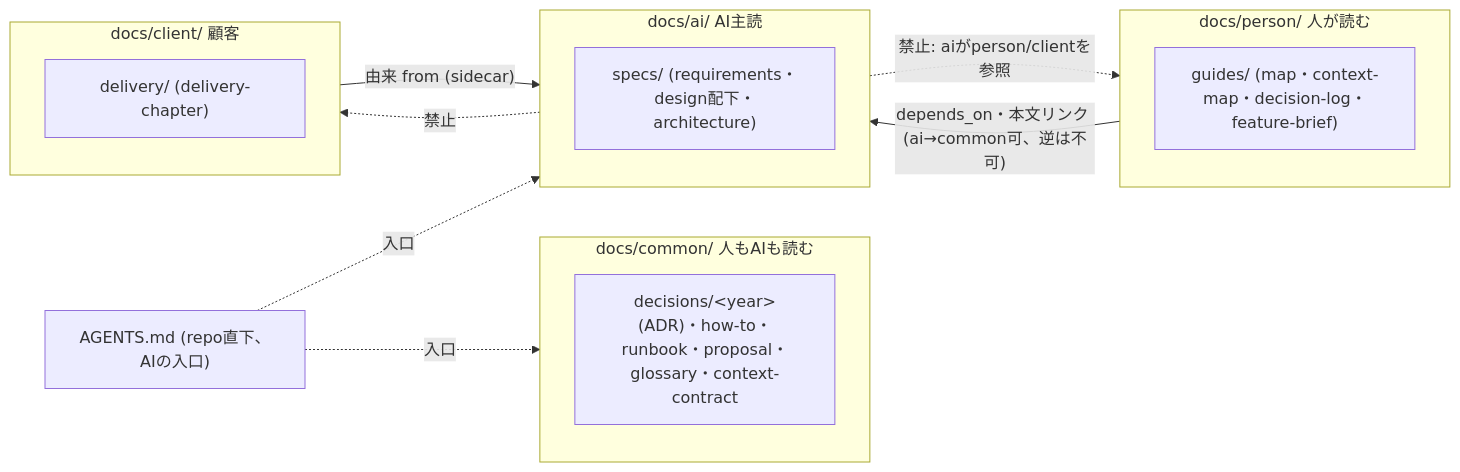
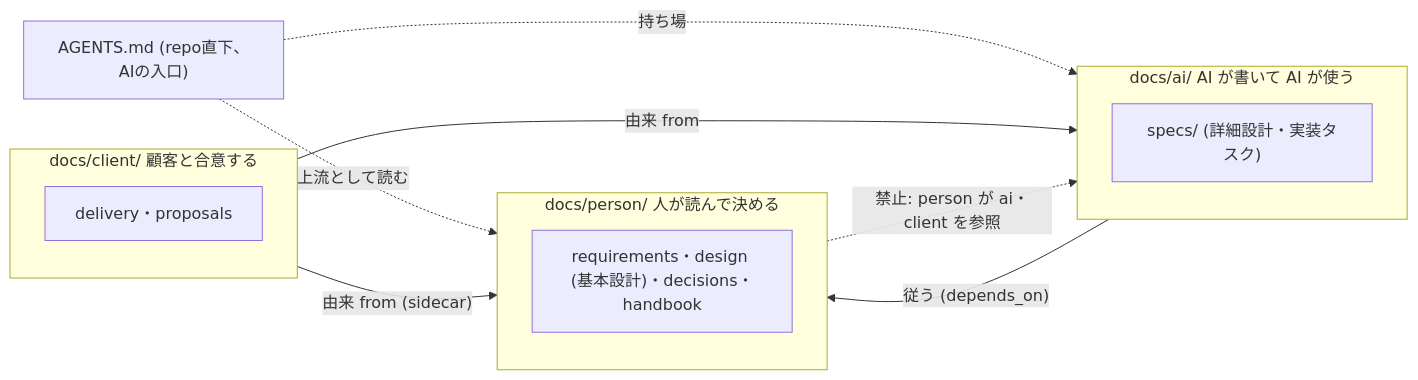
The diagram in docs/design/basic/02-solution-strategy.md (SakakitaniJunya/Igeta), drawn with Mermaid before and after one commit. The commit also changed other lines of this file and 16 other files, not shown here.

First line of the commit message:
文書モデルを承認者で 3 つに分け直す — person (人が読んで決める) / ai (AI が作る) / client (顧客と合意する)

````diff
--- a/docs/design/basic/02-solution-strategy.md
+++ b/docs/design/basic/02-solution-strategy.md
@@ -49,22 +49,19 @@
 ```mermaid
 flowchart LR
   AG["AGENTS.md (repo直下、AIの入口)"]
-  subgraph C["docs/common/ 人もAIも読む"]
-    DC["decisions/&lt;year&gt;(ADR)・how-to・runbook・proposal・glossary・context-contract"]
+  subgraph P["docs/person/ 人が読んで決める"]
+    GD["requirements・design (基本設計)・decisions・handbook"]
   end
-  subgraph A["docs/ai/ AI主読"]
-    SP["specs/ (requirements・design配下・architecture)"]
+  subgraph A["docs/ai/ AI が書いて AI が使う"]
+    SP["specs/ (詳細設計・実装タスク)"]
   end
-  subgraph P["docs/person/ 人が読む"]
-    GD["guides/ (map・context-map・decision-log・feature-brief)"]
+  subgraph L["docs/client/ 顧客と合意する"]
+    DL["delivery・proposals"]
   end
-  subgraph L["docs/client/ 顧客"]
-    DL["delivery/ (delivery-chapter)"]
-  end
-  AG -. "入口" .-> A
-  AG -. "入口" .-> C
-  P -- "depends_on・本文リンク (ai→common可、逆は不可)" --> A
-  L -- "由来 from (sidecar)" --> A
-  A -. "禁止: aiがperson/clientを参照" .-> P
-  A -. "禁止" .-> L
+  AG -. "上流として読む" .-> P
+  AG -. "持ち場" .-> A
+  A -- "従う (depends_on)" --> P
+  L -- "由来 from (sidecar)" --> P
+  L -- "由来 from" --> A
+  P -. "禁止: person が ai・client を参照" .-> A
 ```
````
